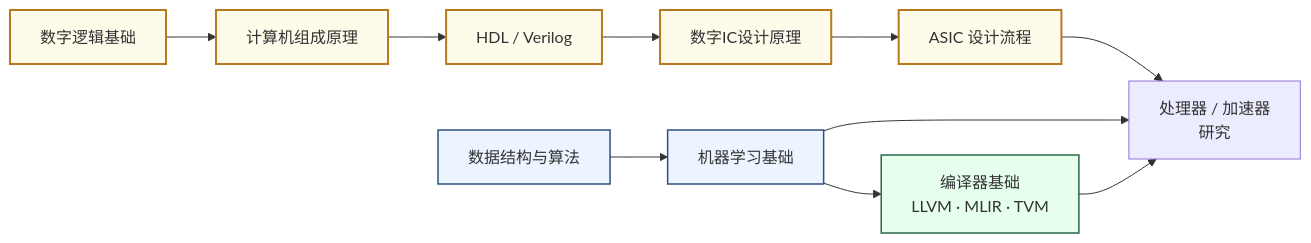
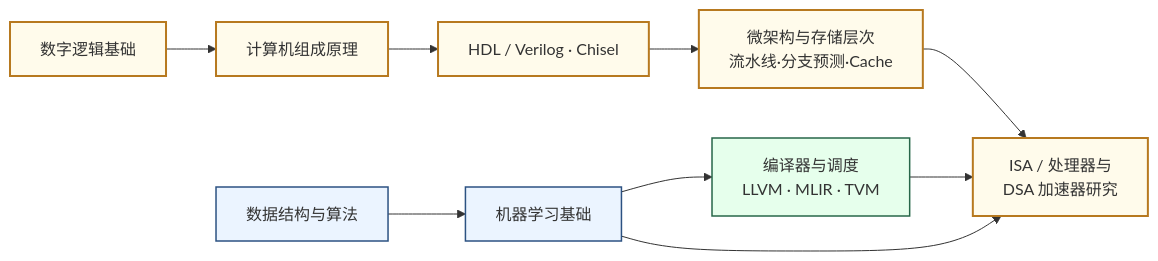
Before and after one commit to Crys-Chen/ic-guide: the diagram in docs/科研方向/处理器架构与编译系统.md, drawn with Mermaid. The commit also changed other lines of this file, not shown here.

````diff
--- a/docs/科研方向/处理器架构与编译系统.md
+++ b/docs/科研方向/处理器架构与编译系统.md
@@ -218,20 +219,20 @@
 ```mermaid
 graph LR
     A["数字逻辑基础"] --> B["计算机组成原理"]
-    B --> C["HDL / Verilog"]
-    C --> D["数字IC设计原理"]
-    D --> E["ASIC 设计流程"]
-    E --> F["处理器 / 加速器\n研究"]
+    B --> C["HDL / Verilog · Chisel"]
+    C --> D["微架构与存储层次\n流水线·分支预测·Cache"]
+    D --> M["ISA / 处理器与\nDSA 加速器研究"]
 
     G["数据结构与算法"] --> H["机器学习基础"]
-    H --> F
-    H --> I["编译器基础\nLLVM · MLIR · TVM"]
-    I --> F
+    H --> J["编译器与调度\nLLVM · MLIR · TVM"]
+    J --> M
+    H --> M
 
     classDef core fill:#FFFBEB,stroke:#B7791F,stroke-width:2px
     classDef supp fill:#EBF4FF,stroke:#2C5282,stroke-width:1.5px
     classDef comp fill:#E6FFEC,stroke:#276749,stroke-width:1.5px
-    class A,B,C,D,E core
+    class A,B,C,D core
     class G,H supp
-    class I comp
+    class J comp
+    class M core
 ```
````
